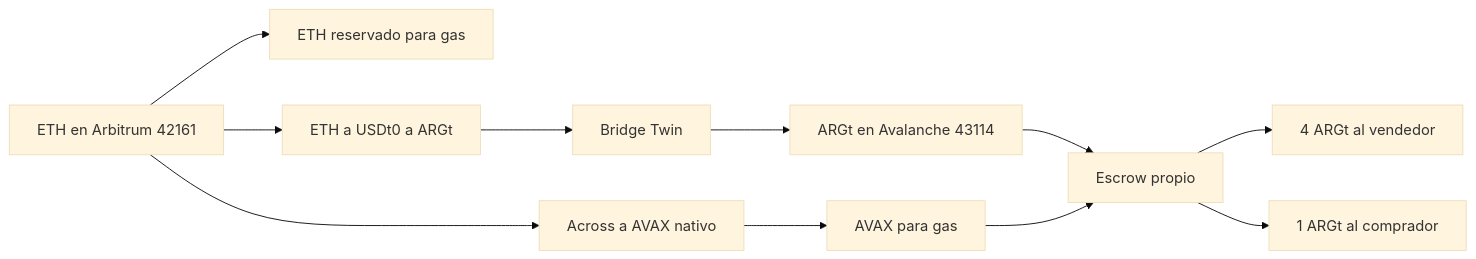
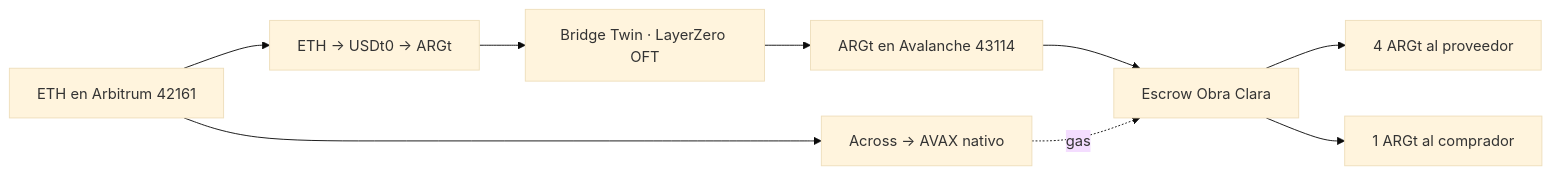
The first of 2 diagrams in README.md (bryantmedia-ai/obra-clara), drawn with Mermaid (base theme) before and after one commit. The commit also changed other lines of this file, not shown here.

Commit message:
Publish HackaTwin judging README and Avalanche receipts

````diff
--- a/README.md
+++ b/README.md
@@ -80,14 +92,11 @@
 ```mermaid
 flowchart LR
-  belo[ETH en Arbitrum 42161]
-  belo --> gasEth[ETH reservado para gas]
-  belo --> ruta[ETH a USDt0 a ARGt]
-  ruta --> twin[Bridge Twin]
+  eth[ETH en Arbitrum 42161] --> ruta[ETH → USDt0 → ARGt]
+  ruta --> twin[Bridge Twin · LayerZero OFT]
   twin --> argt[ARGt en Avalanche 43114]
-  belo --> across[Across a AVAX nativo]
-  across --> gasAvax[AVAX para gas]
-  argt --> escrow[Escrow propio]
-  gasAvax --> escrow
-  escrow --> pago[4 ARGt al vendedor]
+  eth --> across[Across → AVAX nativo]
+  argt --> escrow[Escrow Obra Clara]
+  across -. gas .-> escrow
+  escrow --> pago[4 ARGt al proveedor]
   escrow --> vuelta[1 ARGt al comprador]
 ```
````
